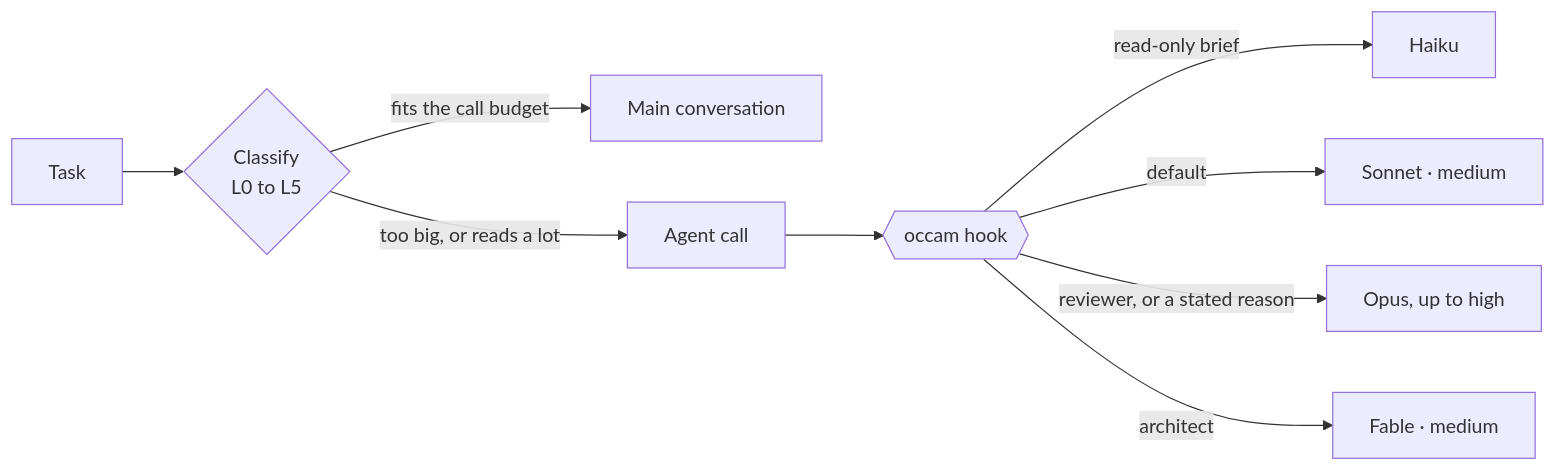
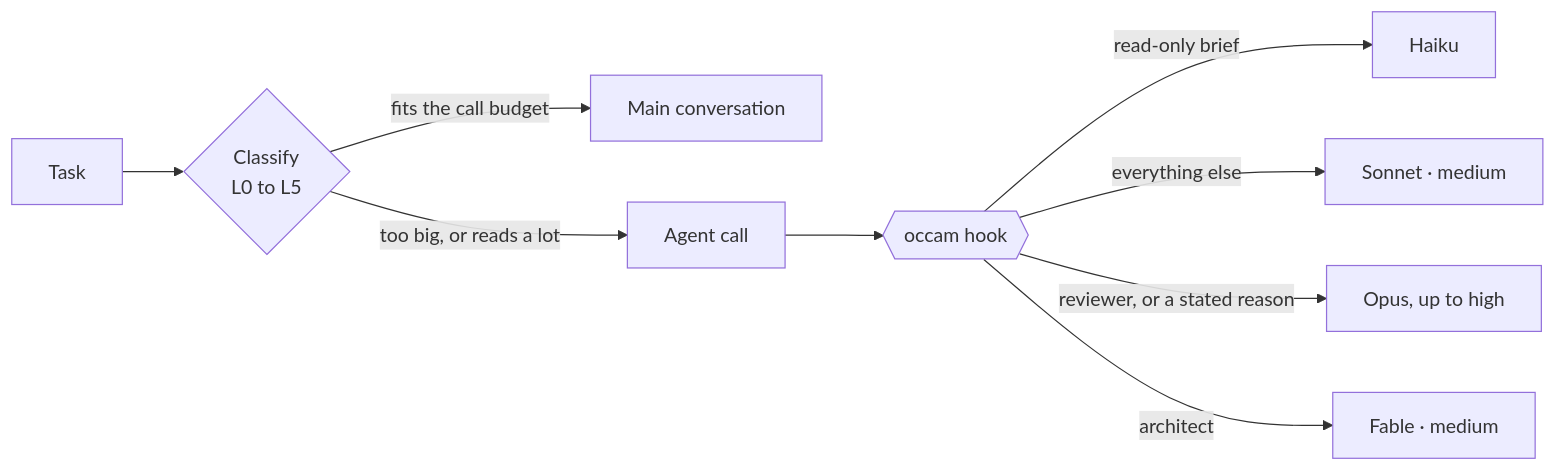
One commit to romulorgc/occam changed the diagram in README.md. Above: the diagram before and after it, drawn with Mermaid. The commit also changed other lines of this file and 6 other files, not shown here.

````diff
--- a/README.md
+++ b/README.md
@@ -62,11 +62,11 @@
 ```mermaid
 flowchart LR
   T[Task] --> C{Classify<br/>L0 to L5}
   C -->|fits the call budget| M[Main conversation]
   C -->|too big, or reads a lot| A[Agent call]
   A --> H{{occam hook}}
   H -->|read-only brief| K[Haiku]
-  H -->|default| S[Sonnet · medium]
+  H -->|everything else| S[Sonnet · medium]
   H -->|reviewer, or a stated reason| O[Opus, up to high]
   H -->|architect| F[Fable · medium]
 ```
````
